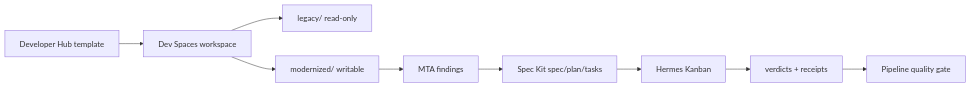
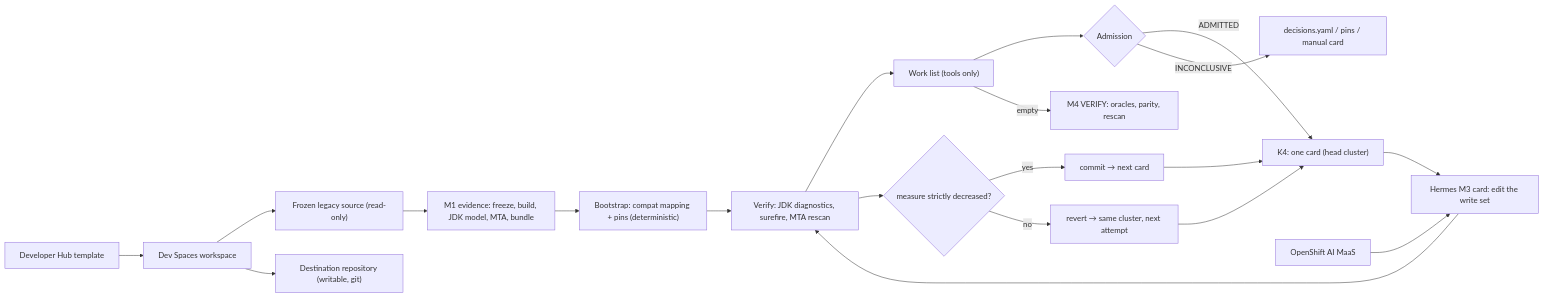
One commit to adnan-drina/rhoai3-coding-demo changed the diagram in stages/080-ai-autonomous-migration/SOLUTION-ARCHITECTURE.md. Above: the diagram before and after it, drawn with Mermaid. The commit also changed other lines of this file and 308 other files, not shown here.

First line of the commit message:
Stage 080 v3: fix-until-green loop replaces Spec Kit and the capability planner.

````diff
--- a/stages/080-ai-autonomous-migration/SOLUTION-ARCHITECTURE.md
+++ b/stages/080-ai-autonomous-migration/SOLUTION-ARCHITECTURE.md
@@ -44,11 +55,20 @@
 ```mermaid
 flowchart LR
-  rhdh["Developer Hub template"] --> ws["Dev Spaces workspace"]
-  ws --> legacy["legacy/ read-only"]
-  ws --> dest["modernized/ writable"]
-  dest --> mta["MTA findings"]
-  mta --> spec["Spec Kit spec/plan/tasks"]
-  spec --> kanban["Hermes Kanban"]
-  kanban --> evid["verdicts + receipts"]
-  evid --> ci["Pipeline quality gate"]
+  RHDH["Developer Hub template"] --> WS["Dev Spaces workspace"]
+  WS --> LEG["Frozen legacy source (read-only)"]
+  WS --> DST["Destination repository (writable, git)"]
+  LEG --> M1["M1 evidence: freeze, build, JDK model, MTA, bundle"]
+  M1 --> BOOT["Bootstrap: compat mapping + pins (deterministic)"]
+  BOOT --> VERIFY["Verify: JDK diagnostics, surefire, MTA rescan"]
+  VERIFY --> WL["Work list (tools only)"]
+  WL --> SEAL{"Admission"}
+  SEAL -->|ADMITTED| K4["K4: one card (head cluster)"]
+  SEAL -->|INCONCLUSIVE| HUMAN["decisions.yaml / pins / manual card"]
+  K4 --> CARD["Hermes M3 card: edit the write set"]
+  CARD --> VERIFY
+  VERIFY --> ADV{"measure strictly decreased?"}
+  ADV -->|yes| COMMIT["commit → next card"] --> K4
+  ADV -->|no| REVERT["revert → same cluster, next attempt"] --> K4
+  WL -->|empty| M4["M4 VERIFY: oracles, parity, rescan"]
+  MAAS["OpenShift AI MaaS"] --> CARD
 ```
````
